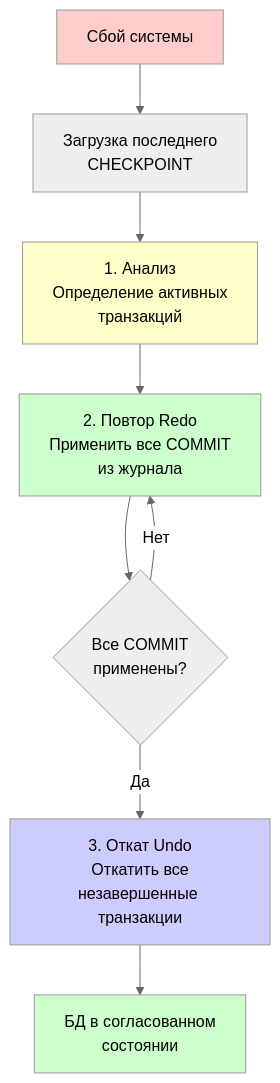
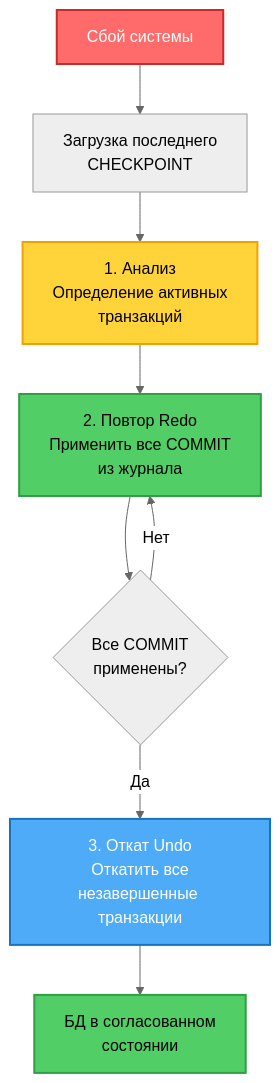
Diagram 14 of 23 in db_exam.md (alx314vo/db_exam), drawn with Mermaid (neutral theme) before and after one commit. The commit also changed other lines of this file, not shown here.

Commit message:
added diagrams

````diff
--- a/db_exam.md
+++ b/db_exam.md
@@ -633,18 +716,18 @@
 ```mermaid
 flowchart TD
     Start[Сбой системы] --> Load[Загрузка последнего<br/>CHECKPOINT]
     Load --> Analysis[1. Анализ<br/>Определение активных<br/>транзакций]
     
     Analysis --> Redo[2. Повтор Redo<br/>Применить все COMMIT<br/>из журнала]
     Redo --> Check{Все COMMIT<br/>применены?}
     Check -->|Нет| Redo
     Check -->|Да| Undo[3. Откат Undo<br/>Откатить все<br/>незавершенные транзакции]
     
     Undo --> Result[БД в согласованном<br/>состоянии]
     
-    style Start fill:#ffcccc
-    style Analysis fill:#ffffcc
-    style Redo fill:#ccffcc
-    style Undo fill:#ccccff
-    style Result fill:#ccffcc
+    style Start fill:#ff6b6b,stroke:#c92a2a,stroke-width:2px,color:#fff
+    style Analysis fill:#ffd43b,stroke:#f59f00,stroke-width:2px,color:#000
+    style Redo fill:#51cf66,stroke:#2f9e44,stroke-width:2px,color:#000
+    style Undo fill:#4dabf7,stroke:#1971c2,stroke-width:2px,color:#fff
+    style Result fill:#51cf66,stroke:#2f9e44,stroke-width:2px,color:#000
 ```
````
